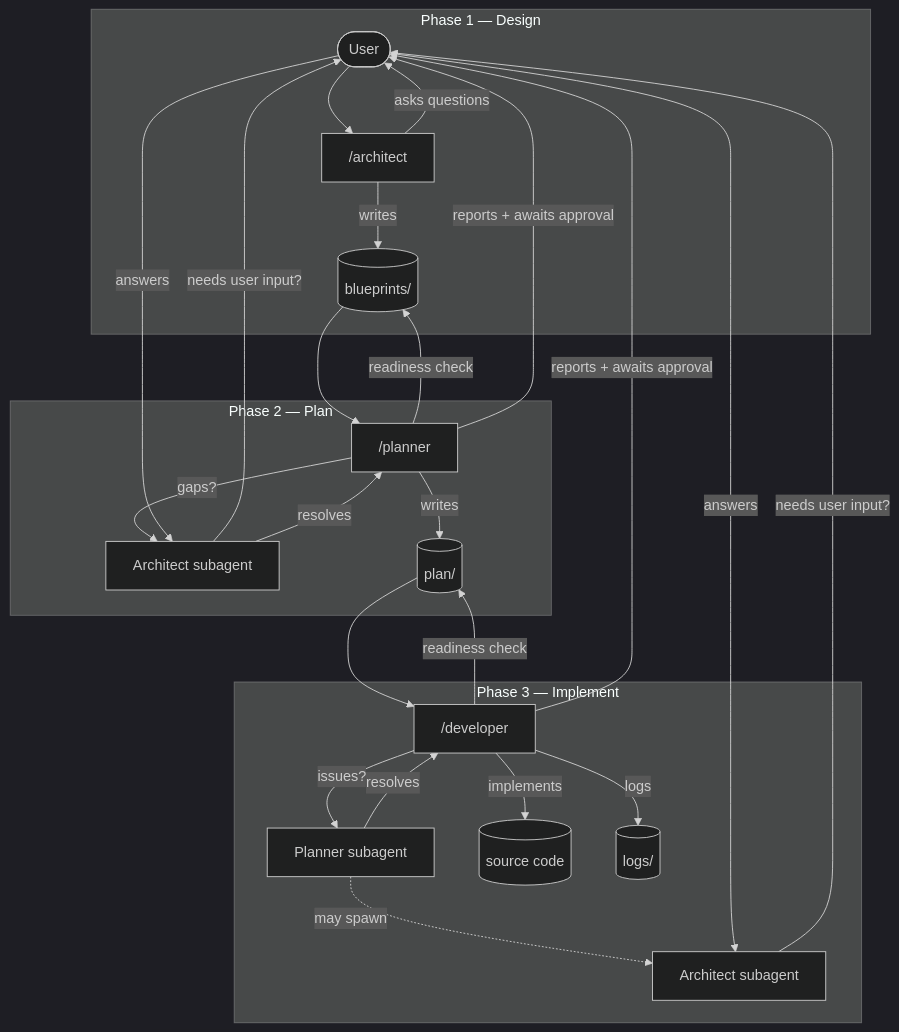
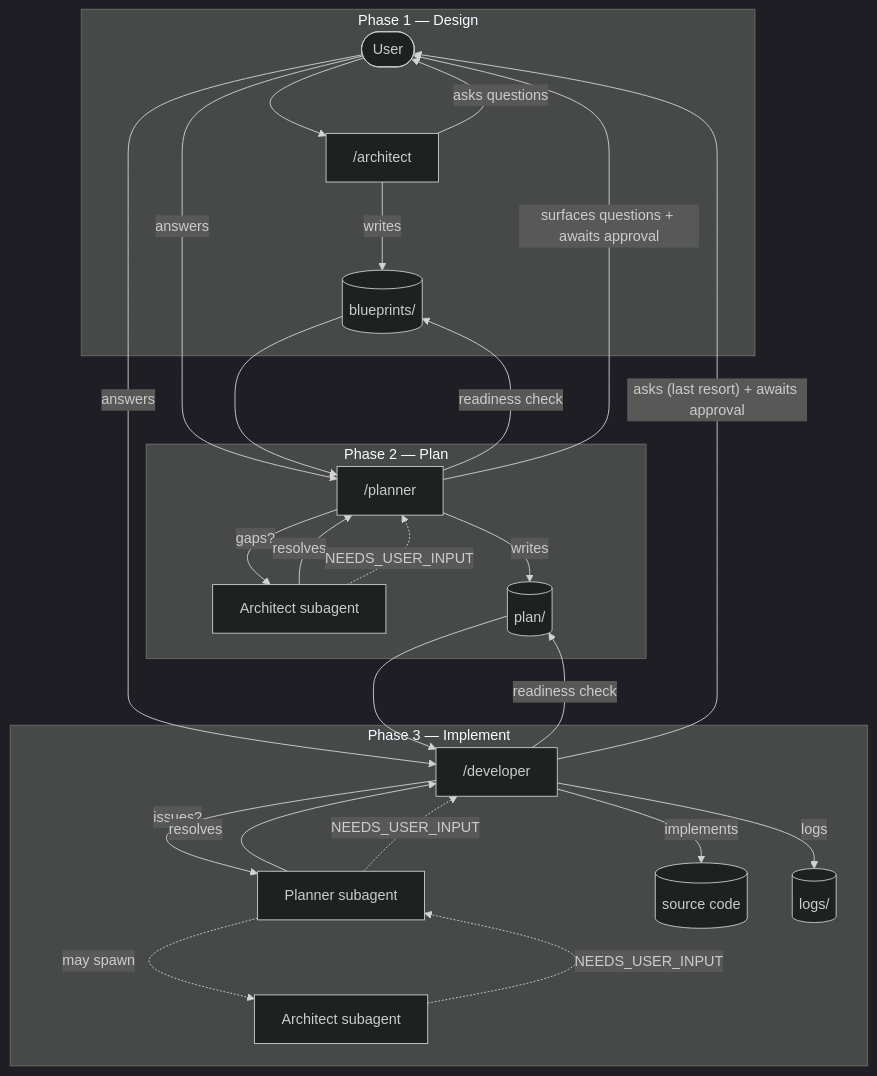
The diagram in README.md (luca-nik/agentic-dev-workflow), drawn with Mermaid (dark theme) before and after one commit. The commit also changed other lines of this file and 6 other files, not shown here.

````diff
--- a/README.md
+++ b/README.md
@@ -24,37 +24,38 @@
 ```mermaid
 flowchart TD
     U([User]) --> A
 
     subgraph DESIGN ["Phase 1 — Design"]
         A["/architect"]
         A -- asks questions --> U
         A -- writes --> BP[(blueprints/)]
     end
 
     subgraph PLAN ["Phase 2 — Plan"]
         P["/planner"]
         P -- readiness check --> BP
         P -- gaps? --> AS[Architect subagent]
-        AS -- needs user input? --> U
-        U -- answers --> AS
         AS -- resolves --> P
-        P -- reports + awaits approval --> U
+        AS -. "NEEDS_USER_INPUT" .-> P
+        P -- "surfaces questions + awaits approval" --> U
+        U -- answers --> P
         P -- writes --> PL[(plan/)]
     end
 
     subgraph IMPLEMENT ["Phase 3 — Implement"]
         D["/developer"]
         D -- readiness check --> PL
         D -- issues? --> PS[Planner subagent]
         PS -. may spawn .-> AS2[Architect subagent]
-        AS2 -- needs user input? --> U
-        U -- answers --> AS2
+        AS2 -. "NEEDS_USER_INPUT" .-> PS
         PS -- resolves --> D
-        D -- reports + awaits approval --> U
+        PS -. "NEEDS_USER_INPUT" .-> D
+        D -- "asks (last resort) + awaits approval" --> U
+        U -- answers --> D
         D -- implements --> CODE[(source code)]
         D -- logs --> LG[(logs/)]
     end
 
     BP --> P
     PL --> D
 ```
````
